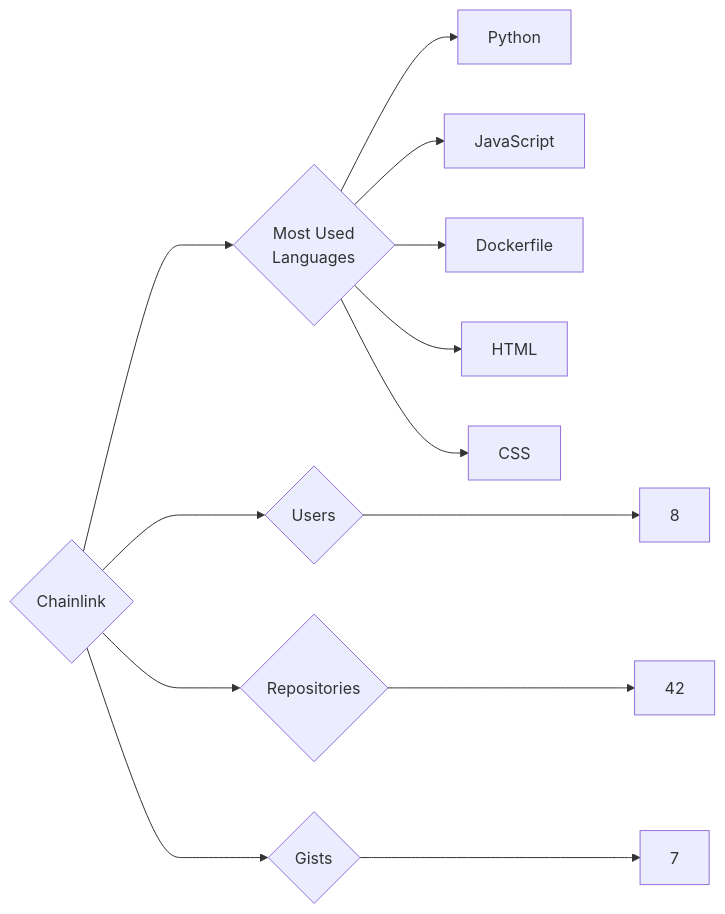
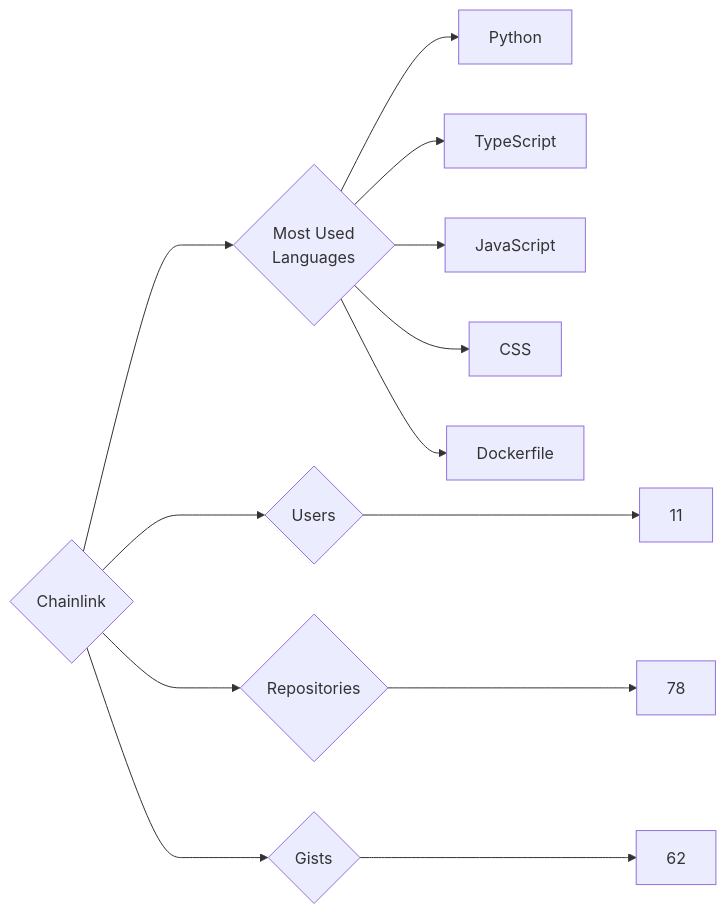
The diagram in targets/Chainlink/README.md (trickest/insiders), drawn with Mermaid before and after one commit. The commit also changed 618 other files, not shown here.

````diff
--- a/targets/Chainlink/README.md
+++ b/targets/Chainlink/README.md
@@ -3,13 +3,13 @@
 ```mermaid
 graph LR
 COMPANY_NAME{Chainlink}
-COMPANY_NAME ---> U{Users} ---> UN[8]
-COMPANY_NAME ---> R{Repositories} ---> RN[42]
-COMPANY_NAME ---> G{Gists} ---> GN[7]
+COMPANY_NAME ---> U{Users} ---> UN[11]
+COMPANY_NAME ---> R{Repositories} ---> RN[78]
+COMPANY_NAME ---> G{Gists} ---> GN[62]
 COMPANY_NAME ---> ML{Most Used<br>Languages}
 ML --> Python[Python]
+ML --> TypeScript[TypeScript]
 ML --> JavaScript[JavaScript]
+ML --> CSS[CSS]
 ML --> Dockerfile[Dockerfile]
-ML --> HTML[HTML]
-ML --> CSS[CSS]
 ```
````
